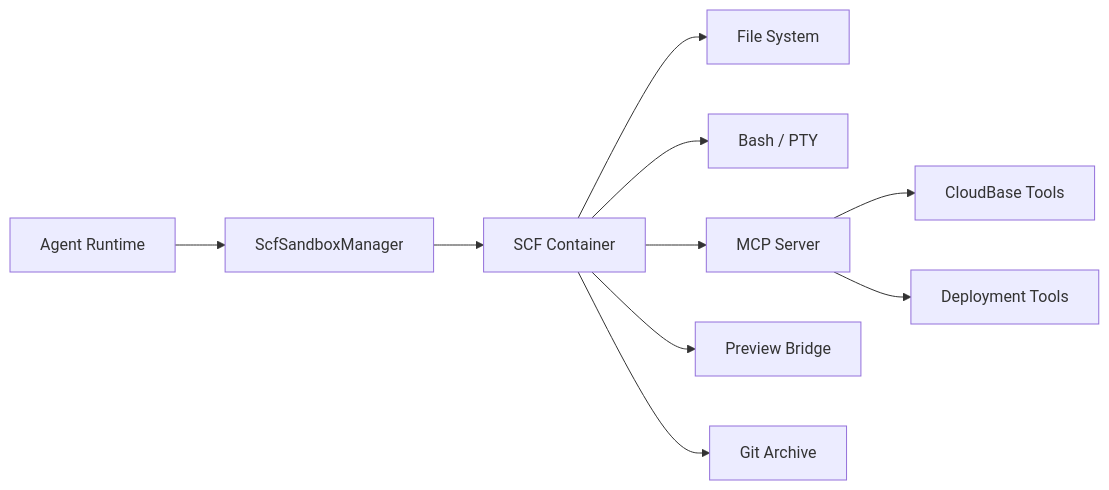
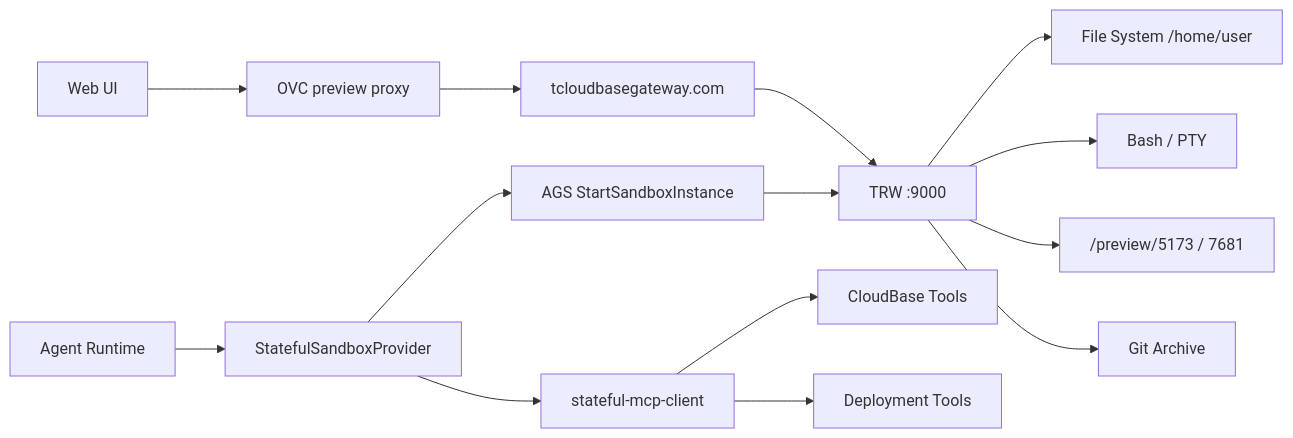
One commit to TencentCloudBase/OpenVibeCoding changed the third of 5 diagrams in docs/architecture.md. Above: the diagram before and after it, drawn with Mermaid. The commit also changed other lines of this file and 10 other files, not shown here.

First line of the commit message:
docs(stateful): align docs and init with AGS/TRW sandbox

````diff
--- a/docs/architecture.md
+++ b/docs/architecture.md
@@ -258,12 +258,16 @@
 ```mermaid
 flowchart LR
-    Agent["Agent Runtime"] --> Manager["ScfSandboxManager"]
-    Manager --> SCF["SCF Container"]
-    SCF --> FS["File System"]
-    SCF --> Bash["Bash / PTY"]
-    SCF --> MCPServer["MCP Server"]
-    SCF --> PreviewBridge["Preview Bridge"]
-    SCF --> Git["Git Archive"]
-    MCPServer --> CloudBase["CloudBase Tools"]
-    MCPServer --> Deploy["Deployment Tools"]
+    Agent["Agent Runtime"] --> Provider["StatefulSandboxProvider"]
+    Provider --> AGS["AGS StartSandboxInstance"]
+    AGS --> TRW["TRW :9000"]
+    TRW --> FS["File System /home/user"]
+    TRW --> Bash["Bash / PTY"]
+    TRW --> Preview["/preview/5173 / 7681"]
+    TRW --> Git["Git Archive"]
+    Provider --> McpClient["stateful-mcp-client"]
+    McpClient --> CloudBase["CloudBase Tools"]
+    McpClient --> Deploy["Deployment Tools"]
+    Web["Web UI"] --> OvcProxy["OVC preview proxy"]
+    OvcProxy --> Gateway["tcloudbasegateway.com"]
+    Gateway --> TRW
 ```
````
